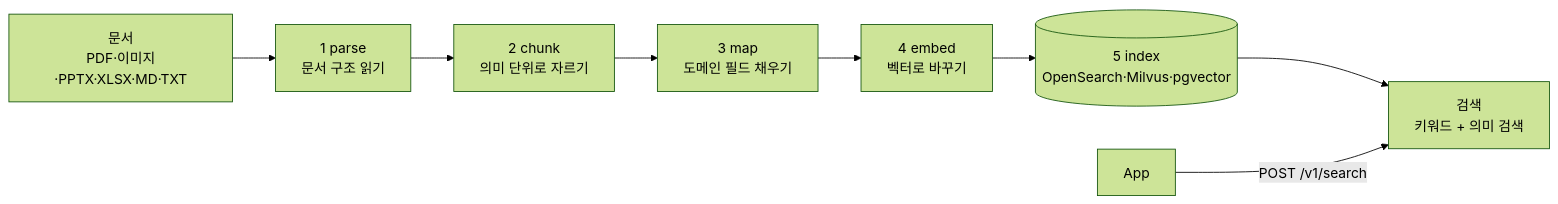
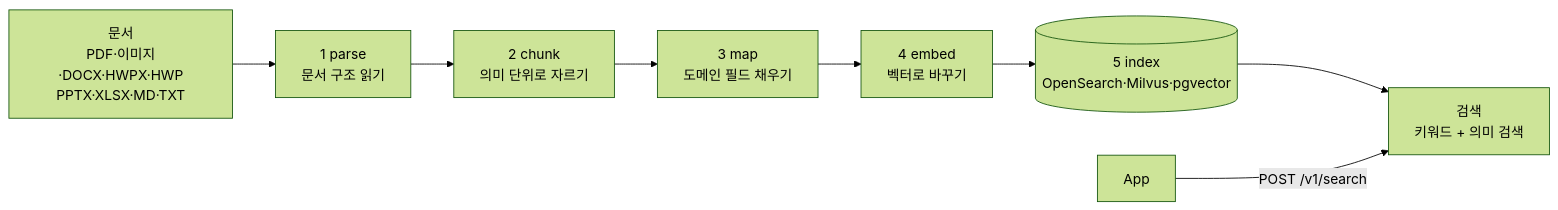
The first of 7 diagrams in README.md (pilsu-choi/folio), drawn with Mermaid (forest theme) before and after one commit. The commit also changed other lines of this file and 5 other files, not shown here.

Commit message:
docs: FR-20 convert mode — README diagrams/status, INTERFACES, deploy/helm READMEs, PRD, wiki record

````diff
--- a/README.md
+++ b/README.md
@@ -14,10 +14,10 @@
 ```mermaid
 flowchart LR
-    F["문서<br/>PDF·이미지·PPTX·XLSX·MD·TXT"] --> P["1 parse<br/>문서 구조 읽기"]
+    F["문서<br/>PDF·이미지·DOCX·HWPX·HWP<br/>PPTX·XLSX·MD·TXT"] --> P["1 parse<br/>문서 구조 읽기"]
     P --> C["2 chunk<br/>의미 단위로 자르기"]
     C --> M["3 map<br/>도메인 필드 채우기"]
     M --> E["4 embed<br/>벡터로 바꾸기"]
     E --> I[("5 index<br/>OpenSearch·Milvus·pgvector")]
     I --> S["검색<br/>키워드 + 의미 검색"]
     App["App"] -- "POST /v1/search" --> S
 ```
````
